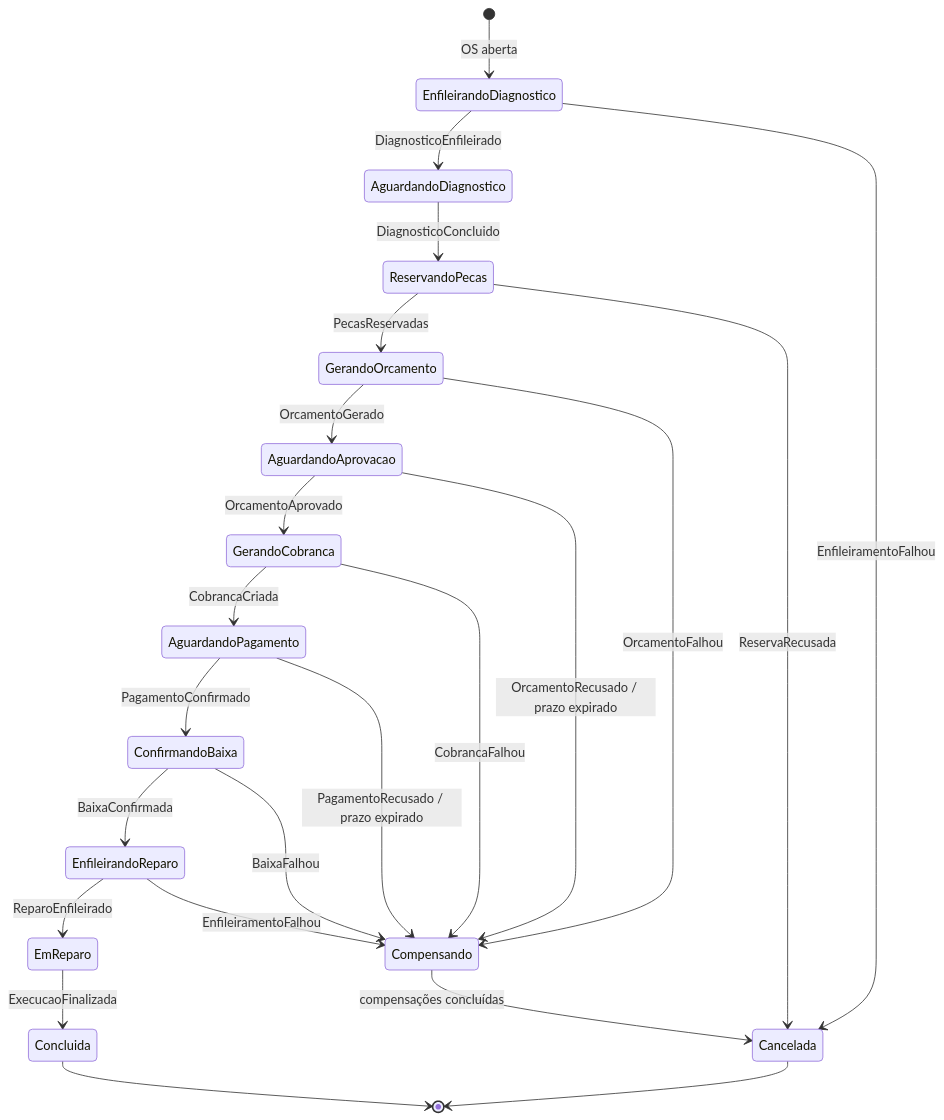
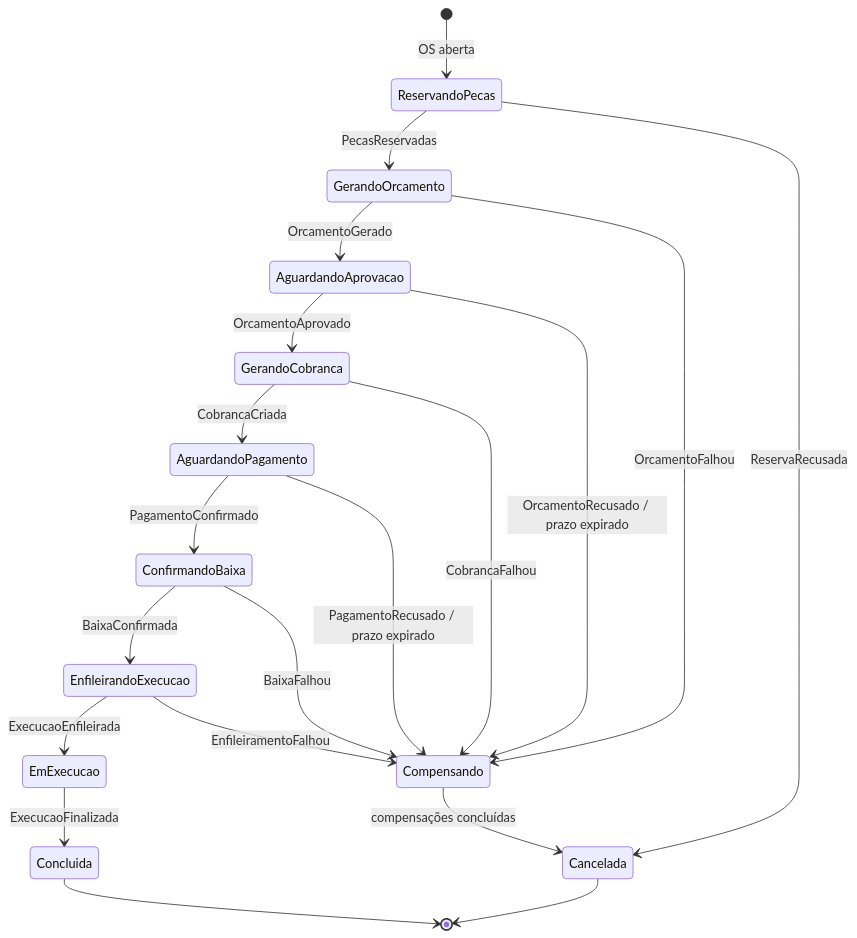
Before and after one commit to phantosmia/oficina-mecanica-fiap: the diagram in docs/adrs/0008-saga-orquestrada-no-os-service.md, drawn with Mermaid. The commit also changed other lines of this file and 8 other files, not shown here.

````diff
--- a/docs/adrs/0008-saga-orquestrada-no-os-service.md
+++ b/docs/adrs/0008-saga-orquestrada-no-os-service.md
@@ -20,25 +20,22 @@
 ```mermaid
 stateDiagram-v2
-    [*] --> EnfileirandoDiagnostico: OS aberta
-    EnfileirandoDiagnostico --> AguardandoDiagnostico: DiagnosticoEnfileirado
-    EnfileirandoDiagnostico --> Cancelada: EnfileiramentoFalhou
-    AguardandoDiagnostico --> ReservandoPecas: DiagnosticoConcluido
+    [*] --> ReservandoPecas: OS aberta
     ReservandoPecas --> GerandoOrcamento: PecasReservadas
     ReservandoPecas --> Cancelada: ReservaRecusada
     GerandoOrcamento --> AguardandoAprovacao: OrcamentoGerado
     GerandoOrcamento --> Compensando: OrcamentoFalhou
     AguardandoAprovacao --> GerandoCobranca: OrcamentoAprovado
     AguardandoAprovacao --> Compensando: OrcamentoRecusado / prazo expirado
     GerandoCobranca --> AguardandoPagamento: CobrancaCriada
     GerandoCobranca --> Compensando: CobrancaFalhou
     AguardandoPagamento --> ConfirmandoBaixa: PagamentoConfirmado
     AguardandoPagamento --> Compensando: PagamentoRecusado / prazo expirado
-    ConfirmandoBaixa --> EnfileirandoReparo: BaixaConfirmada
+    ConfirmandoBaixa --> EnfileirandoExecucao: BaixaConfirmada
     ConfirmandoBaixa --> Compensando: BaixaFalhou
-    EnfileirandoReparo --> EmReparo: ReparoEnfileirado
-    EnfileirandoReparo --> Compensando: EnfileiramentoFalhou
-    EmReparo --> Concluida: ExecucaoFinalizada
+    EnfileirandoExecucao --> EmExecucao: ExecucaoEnfileirada
+    EnfileirandoExecucao --> Compensando: EnfileiramentoFalhou
+    EmExecucao --> Concluida: ExecucaoFinalizada
     Compensando --> Cancelada: compensações concluídas
     Concluida --> [*]
     Cancelada --> [*]
 ```
````
